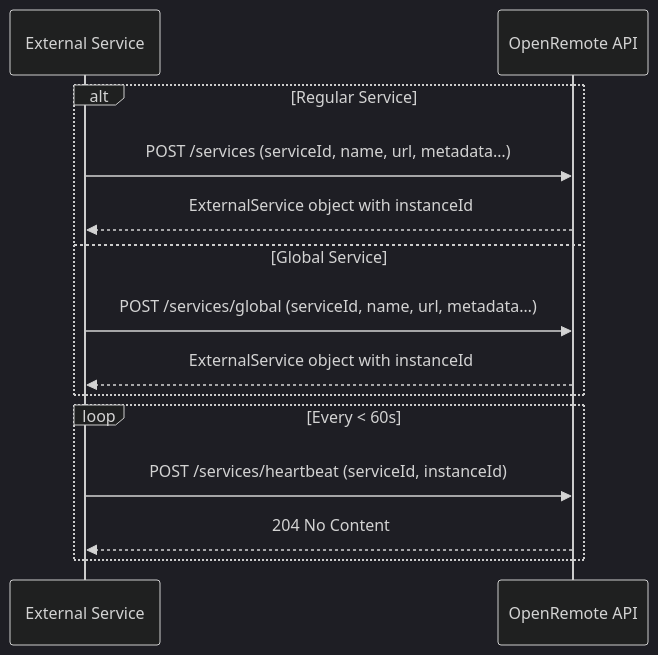
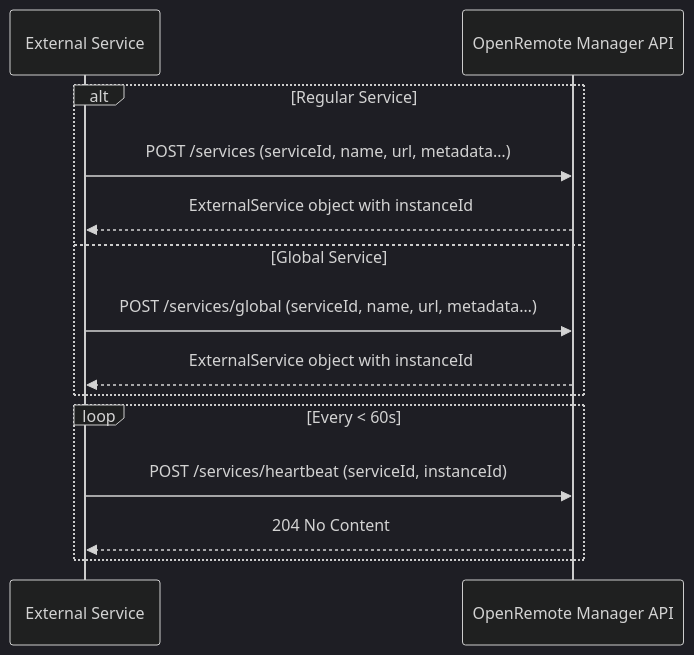
Before and after one commit to openremote/documentation: the diagram in docs/developer-guide/external-services.md, drawn with Mermaid (dark theme). The commit also changed other lines of this file and 2 other files, not shown here.

````diff
--- a/docs/developer-guide/external-services.md
+++ b/docs/developer-guide/external-services.md
@@ -66,18 +115,18 @@
 ```mermaid
 sequenceDiagram
     participant Service as External Service
-    participant OR as OpenRemote API
+    participant OR as OpenRemote Manager API
 
     alt Regular Service
         Service->>OR: POST /services (serviceId, name, url, metadata…)
         OR-->>Service: ExternalService object with instanceId
     else Global Service
         Service->>OR: POST /services/global (serviceId, name, url, metadata…)
         OR-->>Service: ExternalService object with instanceId
     end
 
     loop Every < 60s
         Service->>OR: POST /services/heartbeat (serviceId, instanceId)
         OR-->>Service: 204 No Content
     end
 ```
````
